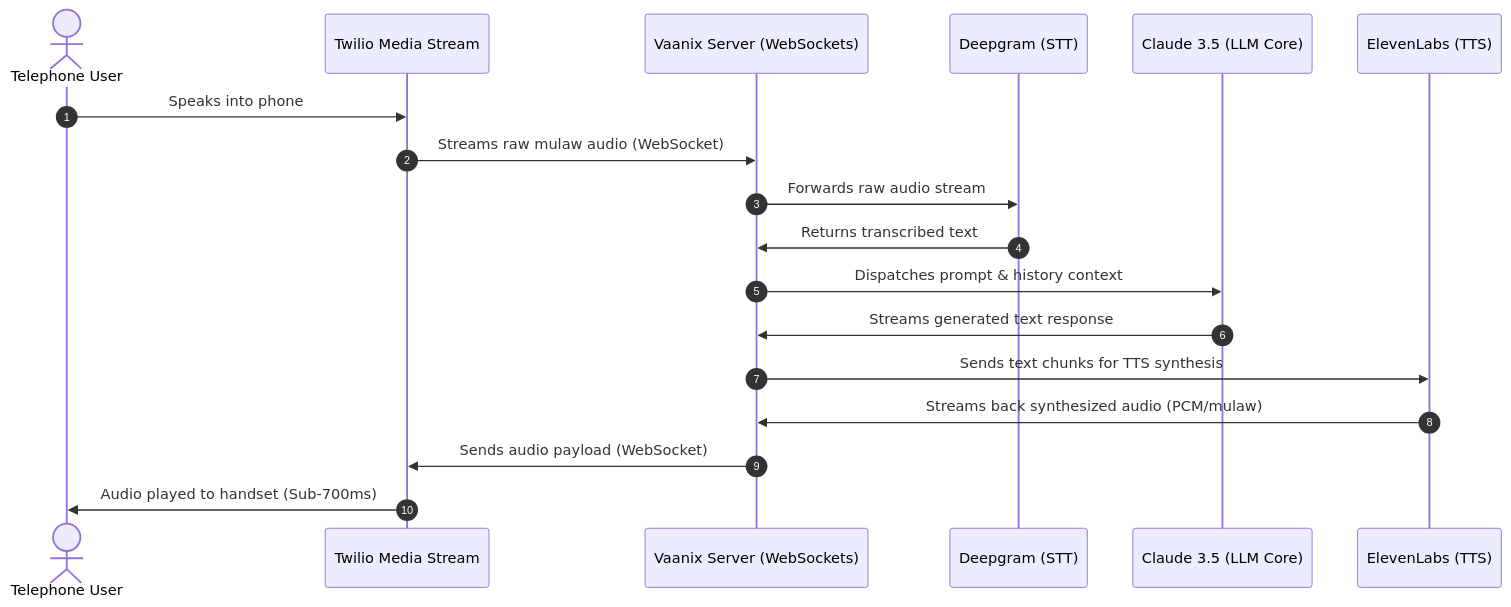
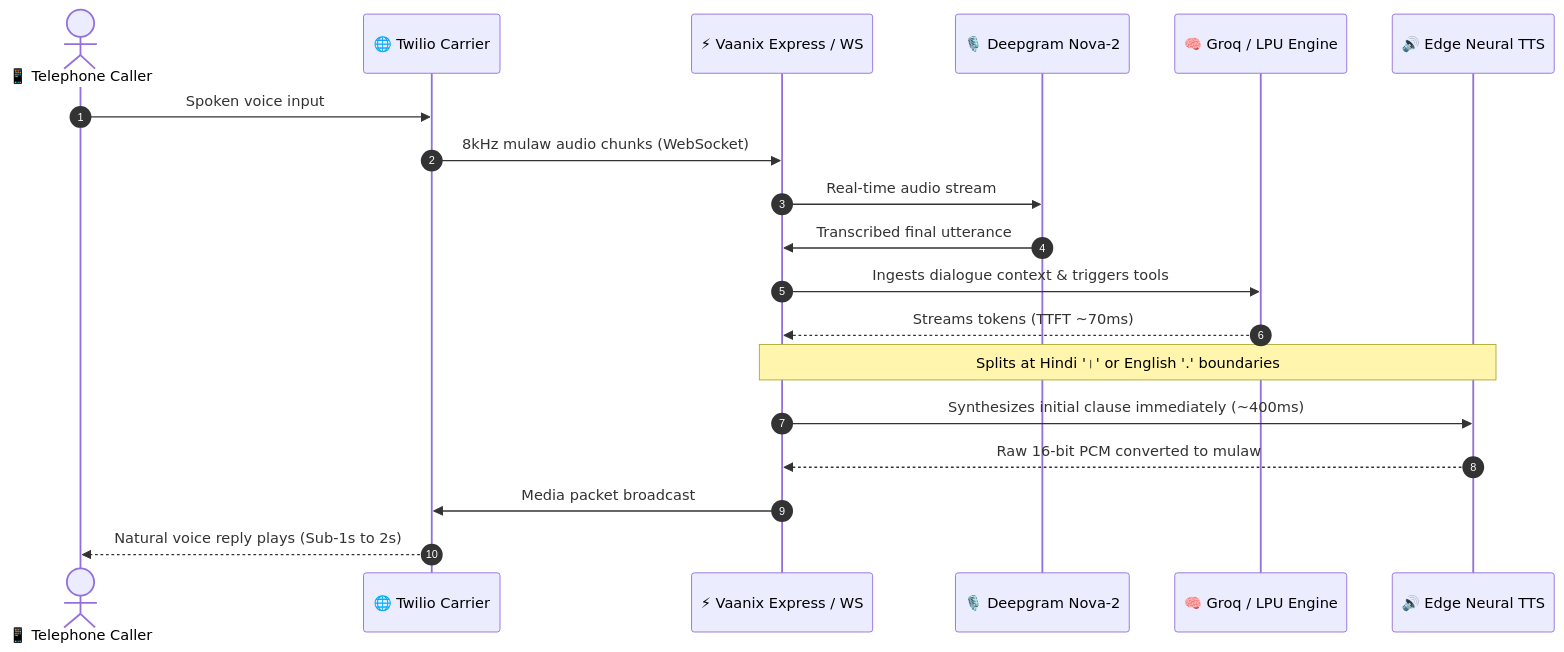
One commit to Atharv1136/vaanix-ai changed the diagram in README.md. Above: the diagram before and after it, drawn with Mermaid. The commit also changed other lines of this file and 57 other files, not shown here.

First line of the commit message:
feat: complete multi-tenant platform upgrade, sub-second voice streaming, and telephony stabilization

````diff
--- a/README.md
+++ b/README.md
@@ -42,21 +49,22 @@
 ```mermaid
 sequenceDiagram
     autonumber
-    actor User as Telephone User
-    participant Twilio as Twilio Media Stream
-    participant Server as Vaanix Server (WebSockets)
-    participant Deepgram as Deepgram (STT)
-    participant LLM as Claude 3.5 (LLM Core)
-    participant ElevenLabs as ElevenLabs (TTS)
+    actor Caller as 📱 Telephone Caller
+    participant Twilio as 🌐 Twilio Carrier
+    participant Server as ⚡ Vaanix Express / WS
+    participant STT as 🎙️ Deepgram Nova-2
+    participant LLM as 🧠 Groq / LPU Engine
+    participant TTS as 🔊 Edge Neural TTS
 
-    User->>Twilio: Speaks into phone
-    Twilio->>Server: Streams raw mulaw audio (WebSocket)
-    Server->>Deepgram: Forwards raw audio stream
-    Deepgram->>Server: Returns transcribed text
-    Server->>LLM: Dispatches prompt & history context
-    LLM->>Server: Streams generated text response
-    Server->>ElevenLabs: Sends text chunks for TTS synthesis
-    ElevenLabs->>Server: Streams back synthesized audio (PCM/mulaw)
-    Server->>Twilio: Sends audio payload (WebSocket)
-    Twilio->>User: Audio played to handset (Sub-700ms)
+    Caller->>Twilio: Spoken voice input
+    Twilio->>Server: 8kHz mulaw audio chunks (WebSocket)
+    Server->>STT: Real-time audio stream
+    STT->>Server: Transcribed final utterance
+    Server->>LLM: Ingests dialogue context & triggers tools
+    LLM-->>Server: Streams tokens (TTFT ~70ms)
+    Note over Server,TTS: Splits at Hindi '।' or English '.' boundaries
+    Server->>TTS: Synthesizes initial clause immediately (~400ms)
+    TTS-->>Server: Raw 16-bit PCM converted to mulaw
+    Server->>Twilio: Media packet broadcast
+    Twilio-->>Caller: Natural voice reply plays (Sub-1s to 2s)
 ```
````
